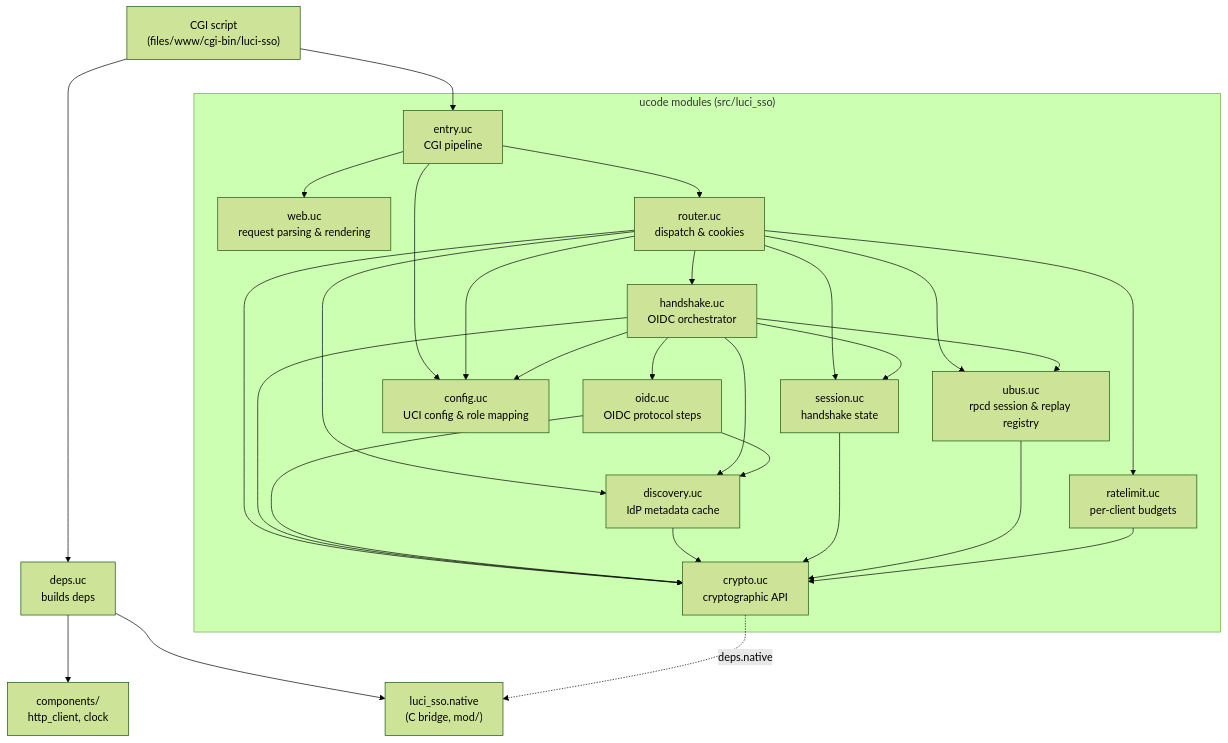
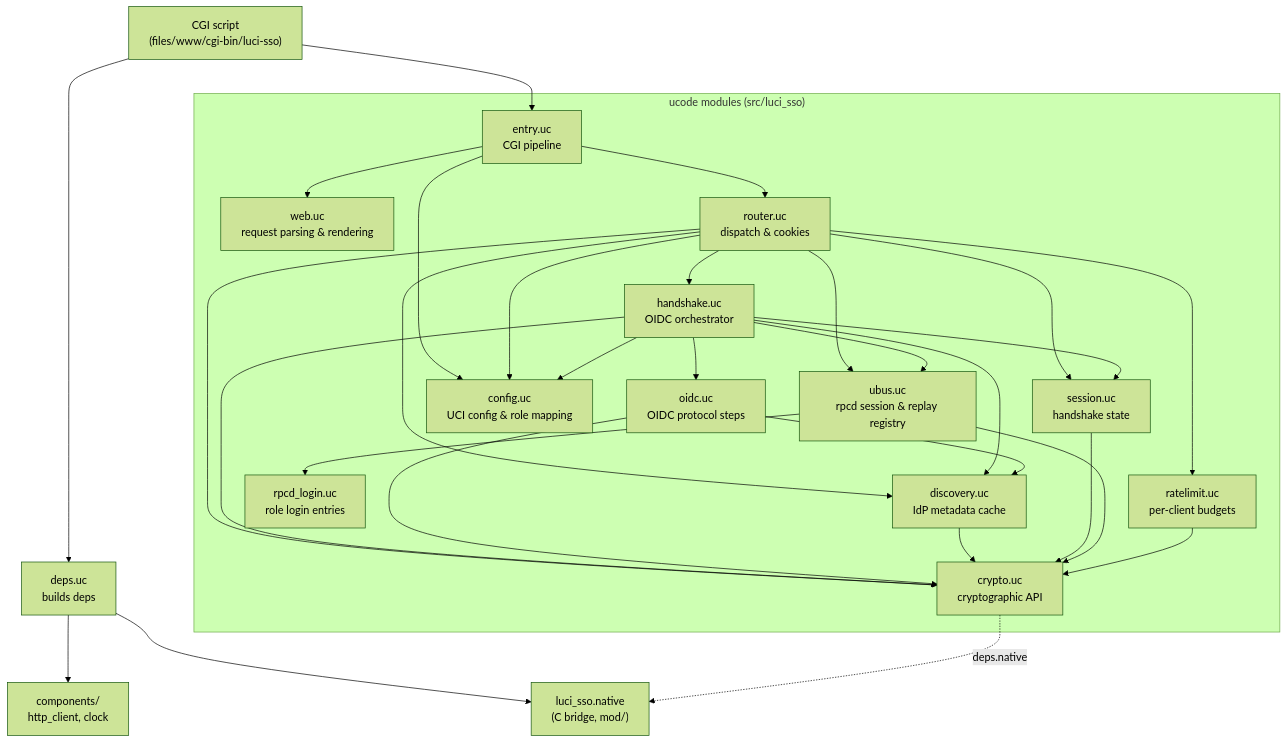
Before and after one commit to m00qek/luci-sso: the first of 2 diagrams in docs/explanation/architecture.md, drawn with Mermaid (forest theme). The commit also changed other lines of this file and 19 other files, not shown here.

````diff
--- a/docs/explanation/architecture.md
+++ b/docs/explanation/architecture.md
@@ -41,50 +42,52 @@
 ```mermaid
 graph TD
     CGI["CGI script<br/>(files/www/cgi-bin/luci-sso)"]
     deps["deps.uc<br/>builds deps"]
 
     subgraph core["ucode modules (src/luci_sso)"]
         entry["entry.uc<br/>CGI pipeline"]
         web["web.uc<br/>request parsing &amp; rendering"]
         router["router.uc<br/>dispatch &amp; cookies"]
         ratelimit["ratelimit.uc<br/>per-client budgets"]
         handshake["handshake.uc<br/>OIDC orchestrator"]
         oidc["oidc.uc<br/>OIDC protocol steps"]
         discovery["discovery.uc<br/>IdP metadata cache"]
         session["session.uc<br/>handshake state"]
         ubus["ubus.uc<br/>rpcd session &amp; replay registry"]
         config["config.uc<br/>UCI config &amp; role mapping"]
+        rpcd_login["rpcd_login.uc<br/>role login entries"]
         crypto["crypto.uc<br/>cryptographic API"]
     end
 
     components["components/<br/>http_client, clock"]
     native["luci_sso.native<br/>(C bridge, mod/)"]
 
     CGI --> deps
     CGI --> entry
     deps --> components
     deps --> native
     entry --> web
     entry --> config
     entry --> router
     router --> ratelimit
     router --> handshake
     router --> session
     router --> ubus
     router --> discovery
     router --> config
     router --> crypto
     handshake --> oidc
     handshake --> discovery
     handshake --> session
     handshake --> ubus
     handshake --> config
     handshake --> crypto
     oidc --> discovery
     oidc --> crypto
     discovery --> crypto
     session --> crypto
     ubus --> crypto
+    ubus --> rpcd_login
     ratelimit --> crypto
     crypto -.->|"deps.native"| native
 ```
````
